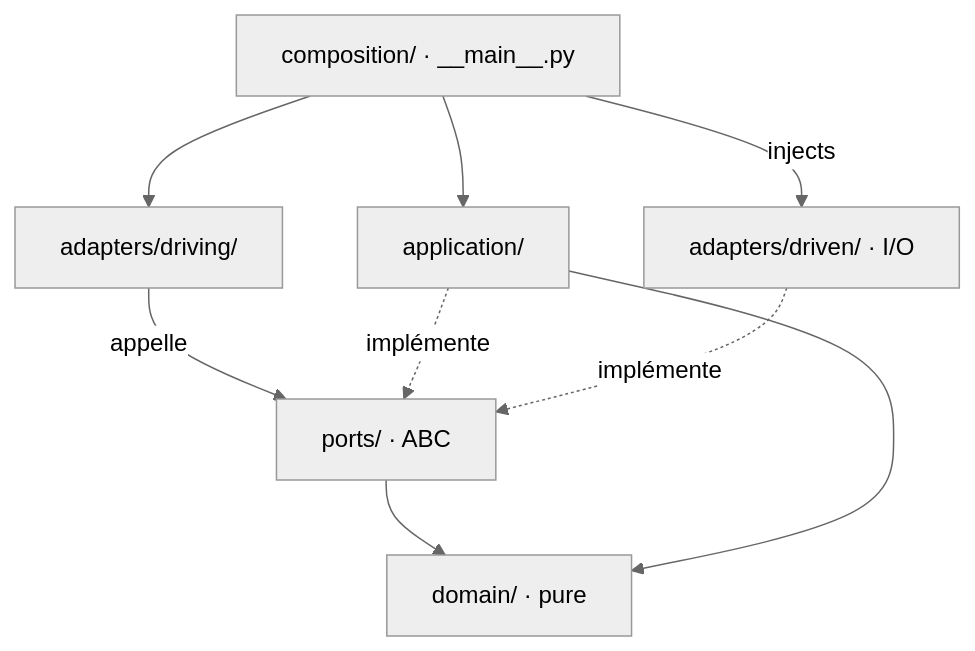
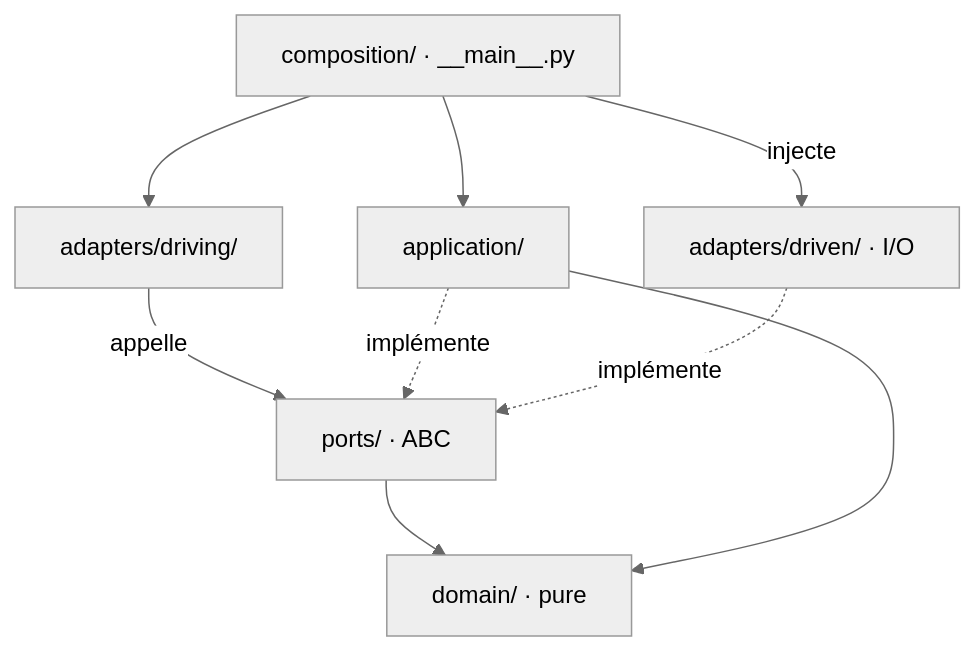
The fourth of 12 diagrams in docs/contributing/architecture.md (mission-titar/p2pwatch), drawn with Mermaid (neutral theme) before and after one commit.

Commit message:
docs(architecture): the diagram's last edge label in French
Claude-Session: https://claude.ai/code/session_01BMqsXXx6Cg2MUHoo76eVuA

````diff
--- a/docs/contributing/architecture.md
+++ b/docs/contributing/architecture.md
@@ -169,18 +169,18 @@
 ```mermaid
 flowchart TB
   comp["composition/ · __main__.py"]
   drivingAdp["adapters/driving/"]
   appl["application/"]
   ports["ports/ · ABC"]
   dom["domain/ · pure"]
   drivenAdp["adapters/driven/ · I/O"]
 
   comp --> drivingAdp
   comp --> appl
-  comp -->|injects| drivenAdp
+  comp -->|injecte| drivenAdp
   drivingAdp -->|appelle| ports
   appl -.->|implémente| ports
   drivenAdp -.->|implémente| ports
   ports --> dom
   appl --> dom
 ```
````
